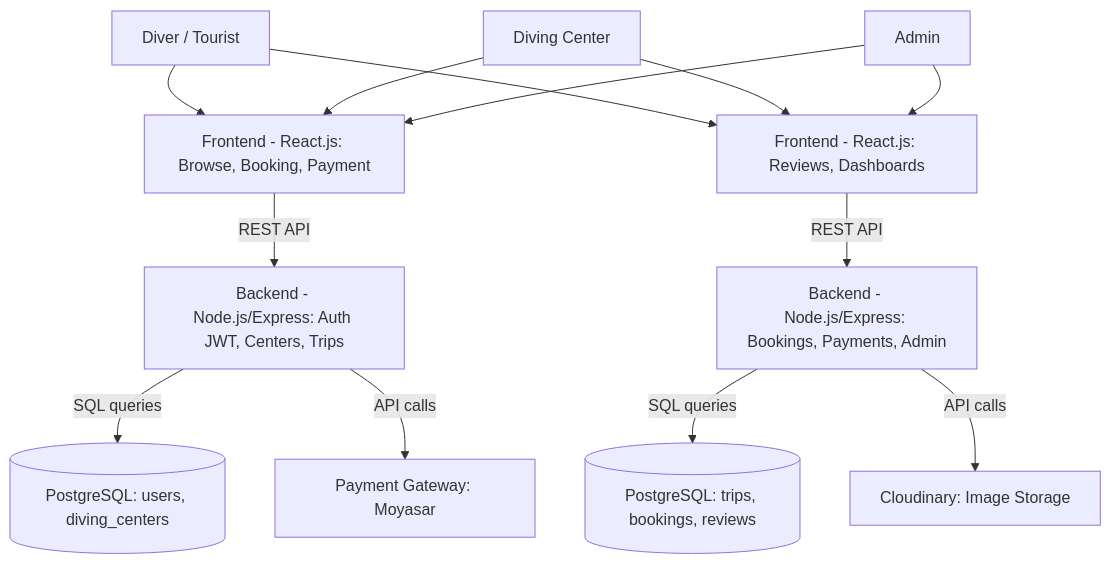
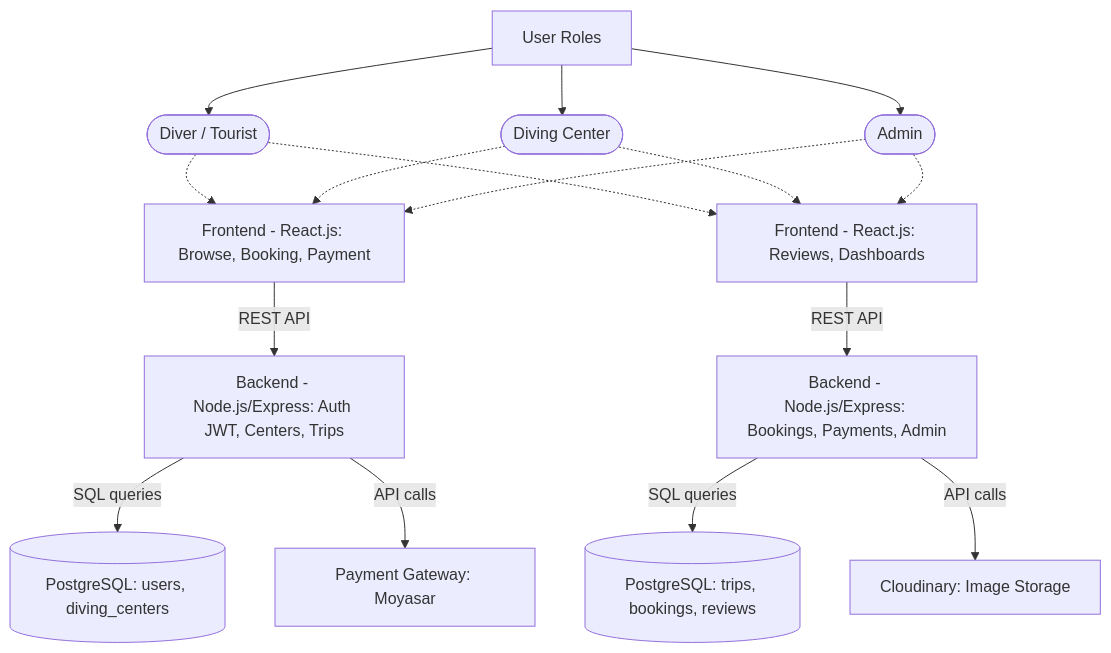
One commit to laradreamer79/Portfolio-Project changed the first of 6 diagrams in stage3/README.md. Above: the diagram before and after it, drawn with Mermaid.

Commit message:
Update architecture diagram with User Roles header box, replacing old flat diagram

````diff
--- a/stage3/README.md
+++ b/stage3/README.md
@@ -81,30 +81,33 @@
 ```mermaid
 flowchart TB
-    actor1[Diver / Tourist]
-    actor2[Diving Center]
-    actor3[Admin]
+    Roles[User Roles]
+
+    Roles --> actor1([Diver / Tourist])
+    Roles --> actor2([Diving Center])
+    Roles --> actor3([Admin])
+
     F1[Frontend - React.js: Browse, Booking, Payment]
     F2[Frontend - React.js: Reviews, Dashboards]
     B1[Backend - Node.js/Express: Auth JWT, Centers, Trips]
     B2[Backend - Node.js/Express: Bookings, Payments, Admin]
     D1[(PostgreSQL: users, diving_centers)]
     D2[(PostgreSQL: trips, bookings, reviews)]
     E1[Payment Gateway: Moyasar]
     E2[Cloudinary: Image Storage]
 
-    actor1 --> F1
-    actor1 --> F2
-    actor2 --> F1
-    actor2 --> F2
-    actor3 --> F1
-    actor3 --> F2
+    actor1 -.-> F1
+    actor1 -.-> F2
+    actor2 -.-> F1
+    actor2 -.-> F2
+    actor3 -.-> F1
+    actor3 -.-> F2
 
     F1 -->|REST API| B1
     F2 -->|REST API| B2
 
     B1 -->|SQL queries| D1
     B2 -->|SQL queries| D2
 
     B1 -->|API calls| E1
     B2 -->|API calls| E2
 ```
````
